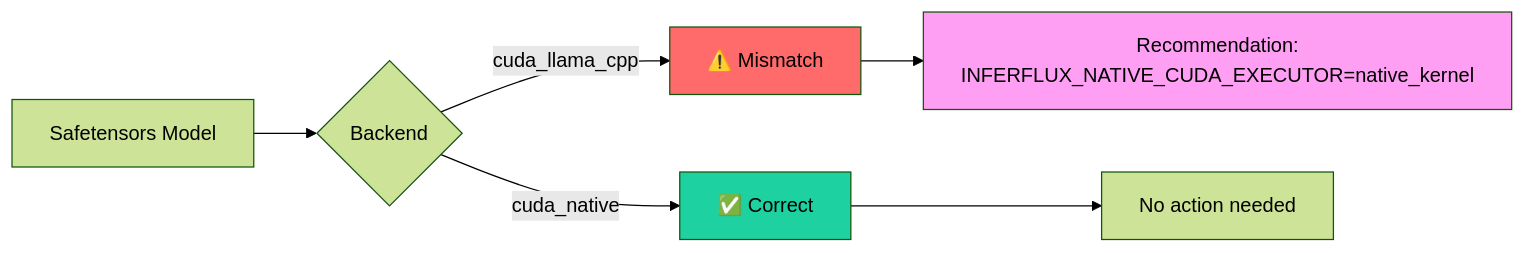
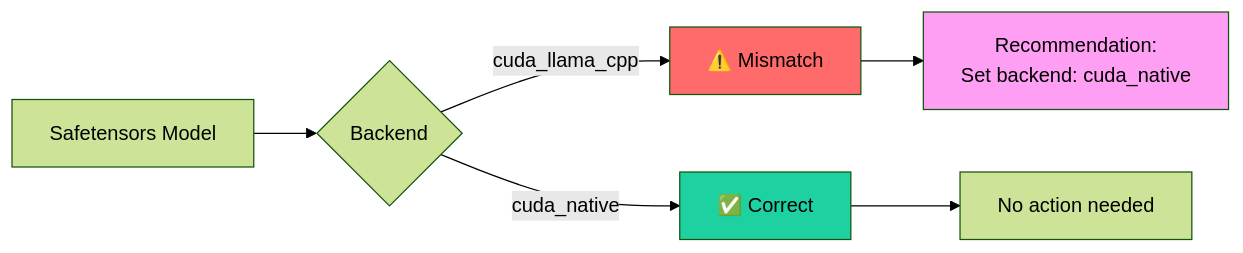
Before and after one commit to vjsingh1984/inferflux: the second of 11 diagrams in docs/STARTUP_ADVISOR.md, drawn with Mermaid (forest theme). The commit also changed other lines of this file and 21 other files, not shown here.

First line of the commit message:
Update documentation for new features and architecture

````diff
--- a/docs/STARTUP_ADVISOR.md
+++ b/docs/STARTUP_ADVISOR.md
@@ -34,13 +34,13 @@
 ```mermaid
 flowchart LR
     A[Safetensors Model] --> B{Backend}
     B -->|cuda_llama_cpp| C[⚠️ Mismatch]
     B -->|cuda_native| D[✅ Correct]
 
-    C --> E[Recommendation:<br/>INFERFLUX_NATIVE_CUDA_EXECUTOR=native_kernel]
+    C --> E[Recommendation:<br/>Set backend: cuda_native]
     D --> F[No action needed]
 
     style C fill:#ff6b6b
     style D fill:#1dd1a1
     style E fill:#ff9ff3
 ```
````
